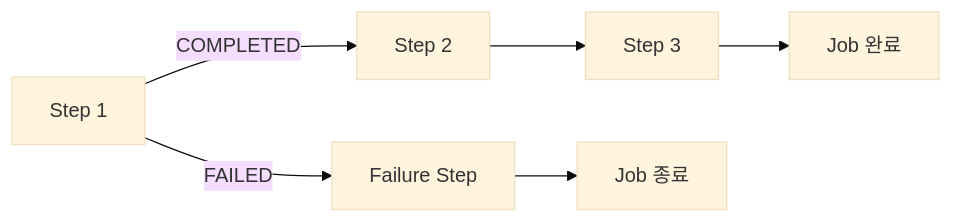
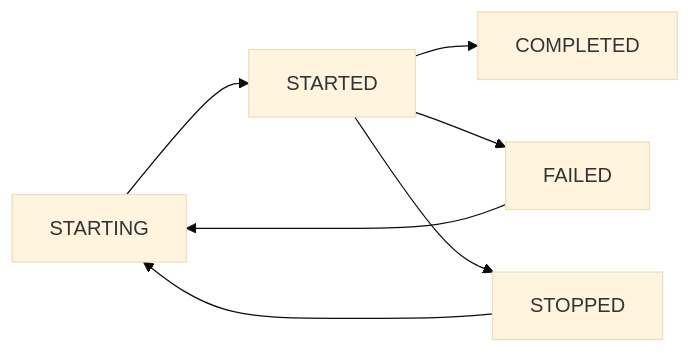
Before and after one commit to yjkim2015/yjkim2015.github.io: the seventh of 8 diagrams in _posts/spring/2026-05-02-spring-batch-deep.md, drawn with Mermaid (base theme). The commit also changed other lines of this file and 4 other files, not shown here.

````diff
--- a/_posts/spring/2026-05-02-spring-batch-deep.md
+++ b/_posts/spring/2026-05-02-spring-batch-deep.md
@@ -77,8 +1116,9 @@
 ```mermaid
-flowchart LR
-    A[Step 1] -->|COMPLETED| B[Step 2]
-    A -->|FAILED| C[Failure Step]
-    B --> D[Step 3]
-    C --> E["Job 종료"]
-    D --> F["Job 완료"]
+graph LR
+    ST[STARTING] --> RUN[STARTED]
+    RUN --> COMP[COMPLETED]
+    RUN --> FAIL[FAILED]
+    RUN --> STOP[STOPPED]
+    FAIL --> ST
+    STOP --> ST
 ```
````
